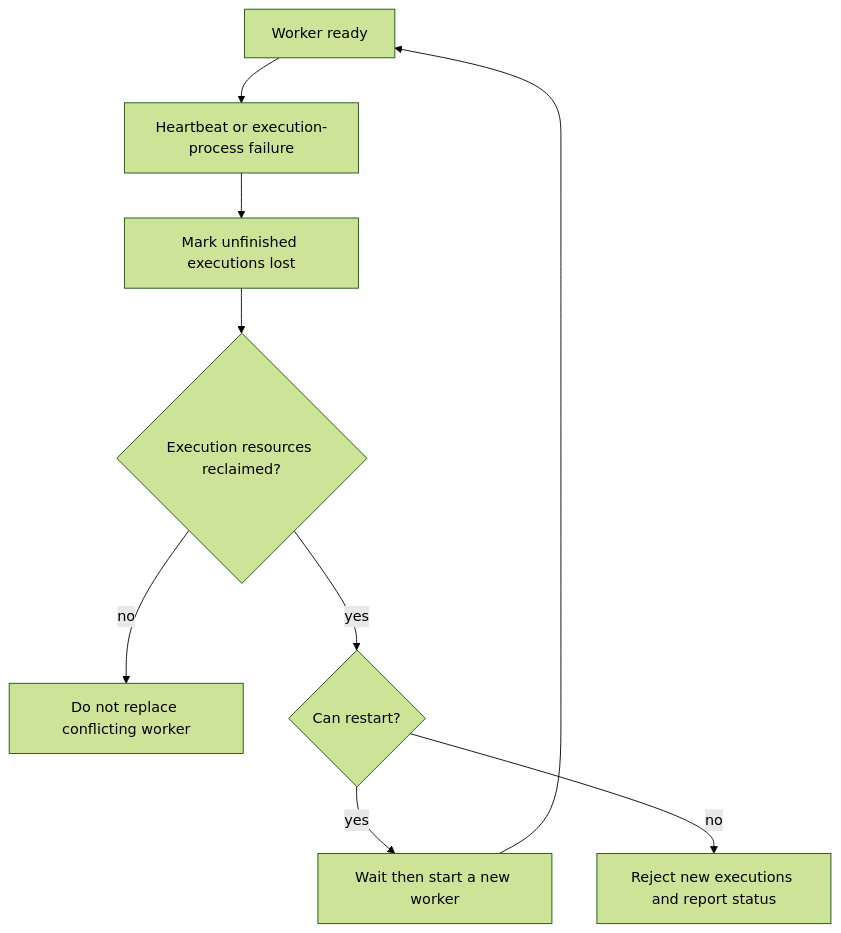
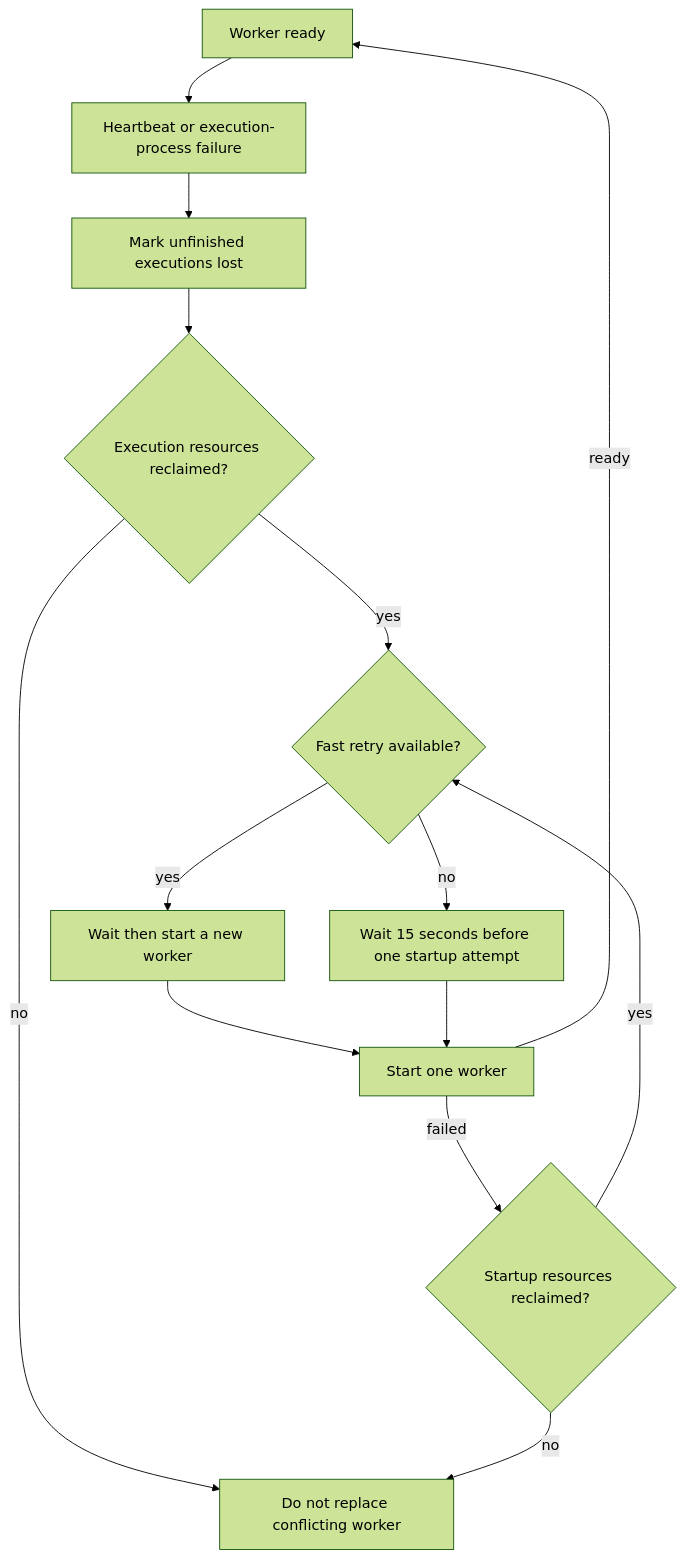
One commit to Liuxy20/octo-runtime changed the third of 3 diagrams in docs/en/concepts/architecture.md. Above: the diagram before and after it, drawn with Mermaid (forest theme). The commit also changed other lines of this file and 55 other files, not shown here.

````diff
--- a/docs/en/concepts/architecture.md
+++ b/docs/en/concepts/architecture.md
@@ -85,11 +85,16 @@
 ```mermaid
 flowchart TB
   Ready[Worker ready] --> Failure[Heartbeat or execution-process failure]
   Failure --> Lost[Mark unfinished executions lost]
   Lost --> Cleanup{Execution resources reclaimed?}
   Cleanup -->|no| Block[Do not replace conflicting worker]
-  Cleanup -->|yes| Budget{Can restart?}
+  Cleanup -->|yes| Budget{Fast retry available?}
   Budget -->|yes| Backoff[Wait then start a new worker]
-  Backoff --> Ready
-  Budget -->|no| Exhausted[Reject new executions and report status]
+  Backoff --> Attempt
+  Budget -->|no| Cooldown[Wait 15 seconds before one startup attempt]
+  Cooldown --> Attempt[Start one worker]
+  Attempt -->|ready| Ready
+  Attempt -->|failed| Rollback{Startup resources reclaimed?}
+  Rollback -->|yes| Budget
+  Rollback -->|no| Block
 ```
````
